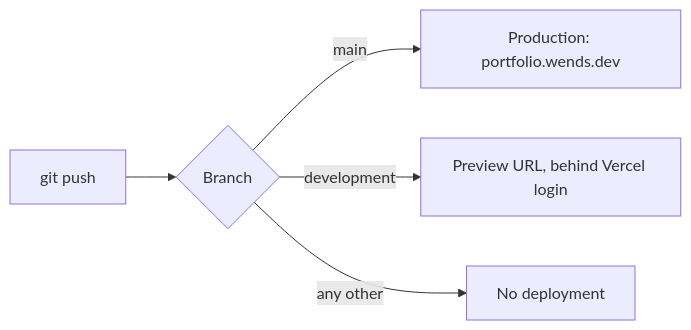
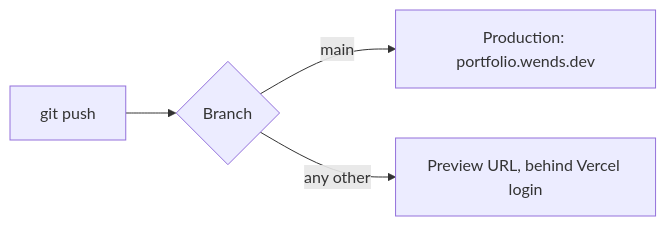
The diagram in docs/development.md (wends05/final-portfolio), drawn with Mermaid before and after one commit. The commit also changed other lines of this file and 8 other files, not shown here.

Commit message:
ci: deploy a Vercel preview for every branch

````diff
--- a/docs/development.md
+++ b/docs/development.md
@@ -153,7 +153,6 @@
 ```mermaid
 flowchart LR
     Push["git push"] --> Branch{"Branch"}
     Branch -->|main| Prod["Production: portfolio.wends.dev"]
-    Branch -->|development| Preview["Preview URL, behind Vercel login"]
-    Branch -->|any other| None["No deployment"]
+    Branch -->|any other| Preview["Preview URL, behind Vercel login"]
 ```
````
